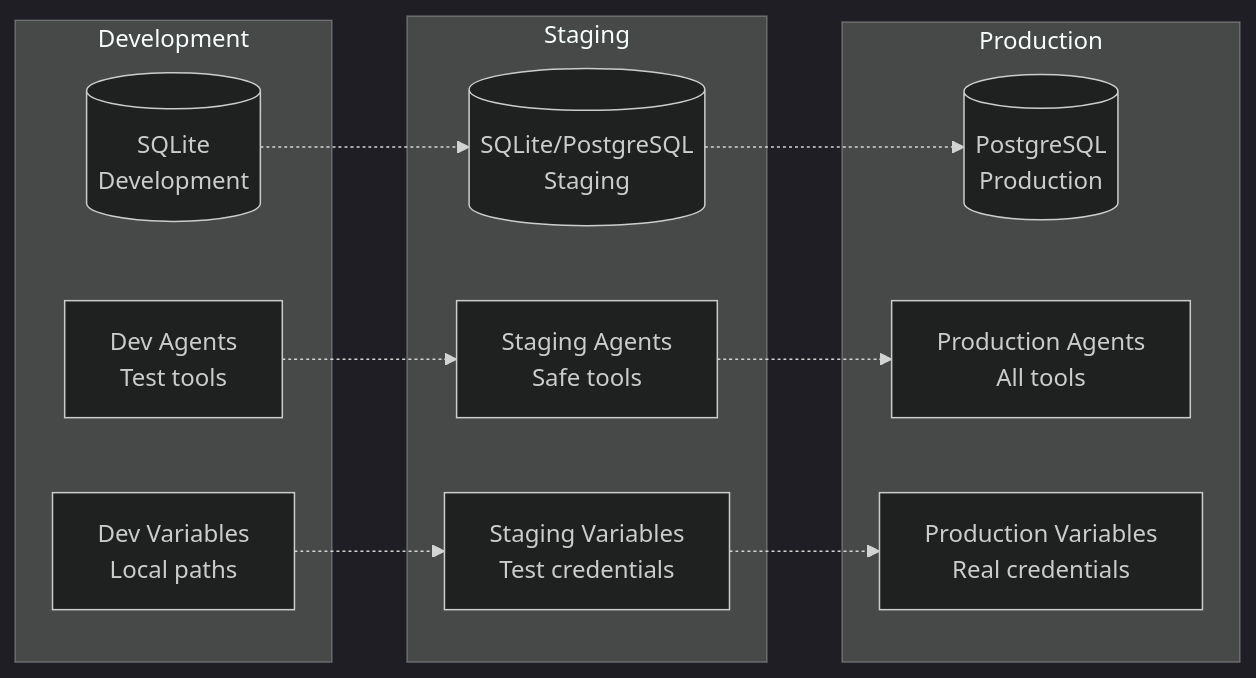
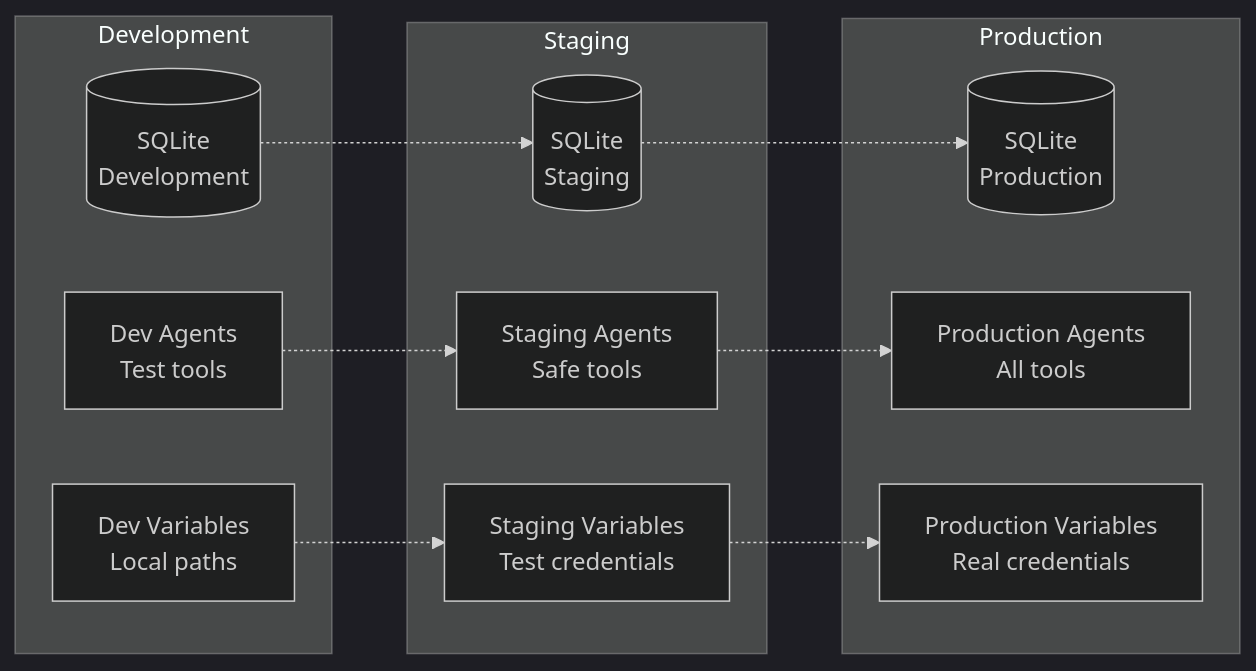
One commit to cloudshipai/station changed the third of 5 diagrams in docs/site/src/content/docs/en/architecture.mdx. Above: the diagram before and after it, drawn with Mermaid (dark theme). The commit also changed other lines of this file and 1 other file, not shown here.

First line of the commit message:
docs: Fix quickstart and architecture pages with authentic content

````diff
--- a/docs/site/src/content/docs/en/architecture.mdx
+++ b/docs/site/src/content/docs/en/architecture.mdx
@@ -178,29 +176,29 @@
 ```mermaid
 graph LR
     subgraph "Development"
         DevDB[(SQLite<br/>Development)]
         DevAgents[Dev Agents<br/>Test tools]
         DevVars[Dev Variables<br/>Local paths]
     end
     
     subgraph "Staging"
-        StageDB[(SQLite/PostgreSQL<br/>Staging)]
+        StageDB[(SQLite<br/>Staging)]
         StageAgents[Staging Agents<br/>Safe tools]
         StageVars[Staging Variables<br/>Test credentials]
     end
     
     subgraph "Production"
-        ProdDB[(PostgreSQL<br/>Production)]
+        ProdDB[(SQLite<br/>Production)]
         ProdAgents[Production Agents<br/>All tools]
         ProdVars[Production Variables<br/>Real credentials]
     end
     
     DevDB -.-> StageDB
     StageDB -.-> ProdDB
     
     DevAgents -.-> StageAgents
     StageAgents -.-> ProdAgents
     
     DevVars -.-> StageVars
     StageVars -.-> ProdVars
 ```
````
